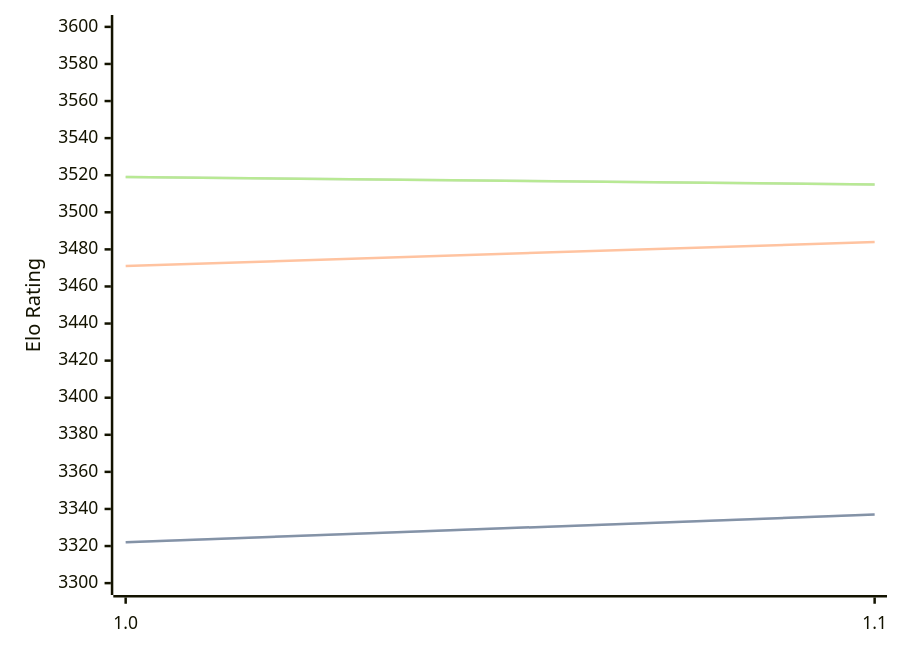
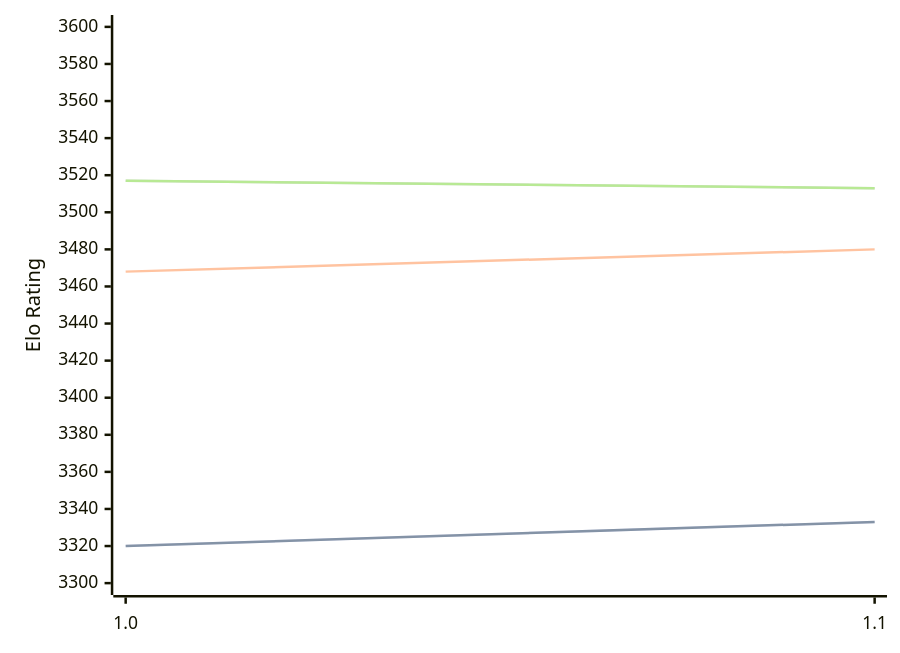
Before and after one commit to computer-chess-index/cci: the diagram in engines/Horsie.md, drawn with Mermaid. The commit also changed other lines of this file, not shown here.

Commit message:
Update CCI Ratings (ELO VLTC) - 2026-06-08

````diff
--- a/engines/Horsie.md
+++ b/engines/Horsie.md
@@ -32,11 +32,11 @@
 ```mermaid
 %%{init: {"theme":"base","themeVariables":{"seriesColors:['#a3a3a3','#222221','#faa371']}}}%%
 xychart-beta
   x-axis ["1.0", "1.1"]
   y-axis "Elo Rating" 3300 --> 3600
-  line "STC (8.0+0.08s)" [3322, 3337]
-  line "STC (8.0+0.08s)" [3322, 3337]
-  line "LTC (60.0+0.60s)" [3471, 3484]
-  line "VLTC (2m24s+1.12s)" [3519, 3515]
-  line "VLTC (2m24s+1.12s)" [3519, 3515]
+  line "STC (8.0+0.08s)" [3320, 3333]
+  line "STC (8.0+0.08s)" [3320, 3333]
+  line "LTC (60.0+0.60s)" [3468, 3480]
+  line "VLTC (2m24s+1.12s)" [3517, 3513]
+  line "VLTC (2m24s+1.12s)" [3517, 3513]
 ```
````
